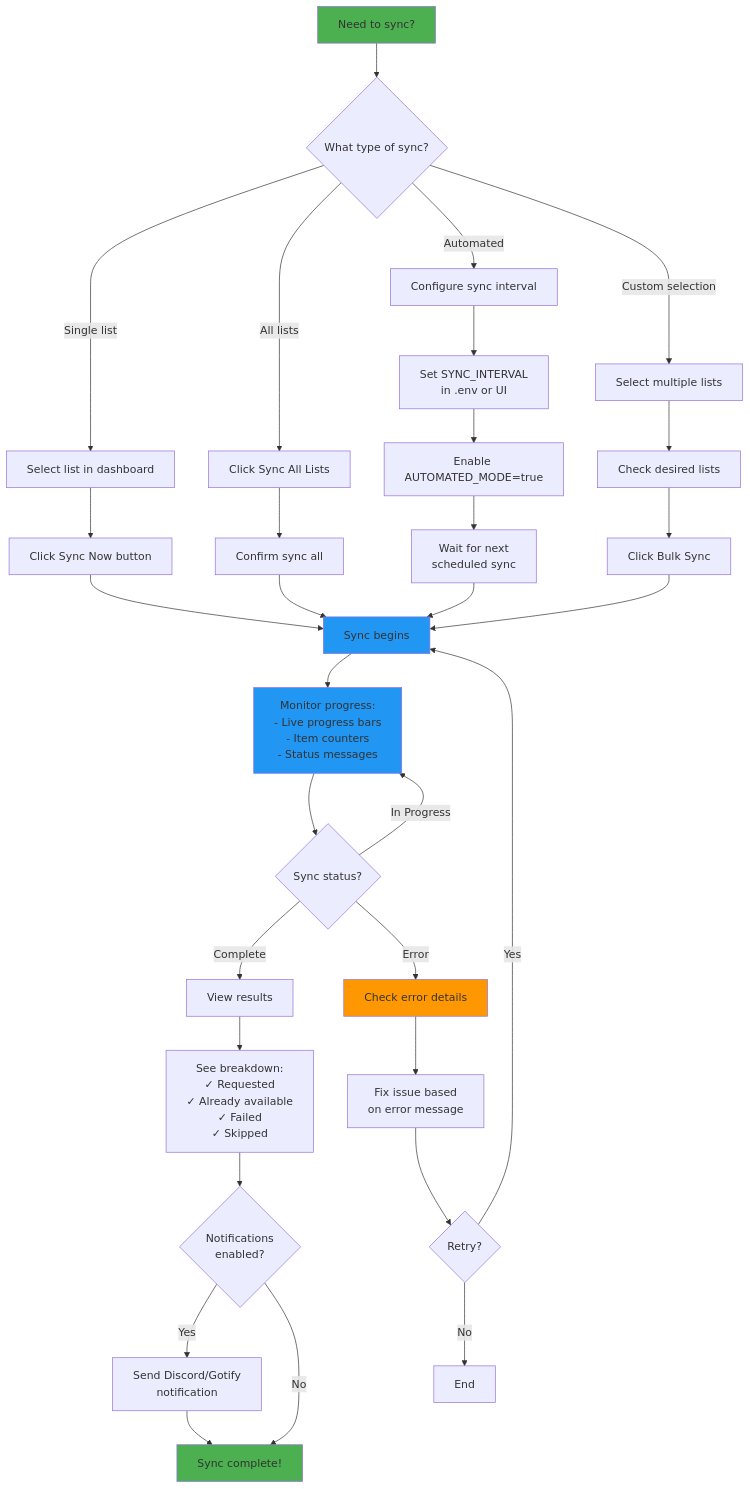
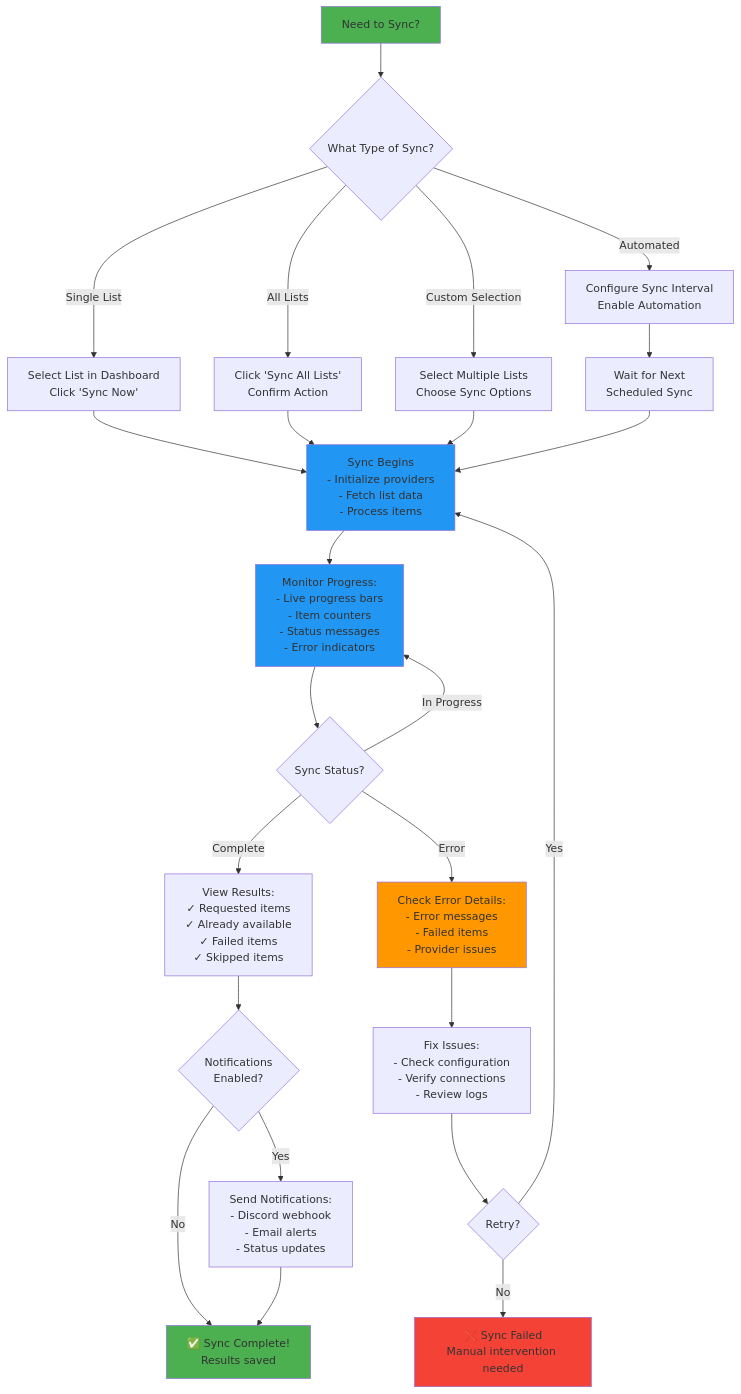
Before and after one commit to martynvdijke/listsync: the fourth of 5 diagrams in docs/user-guide.md, drawn with Mermaid. The commit also changed other lines of this file and 21 other files, not shown here.

````diff
--- a/docs/user-guide.md
+++ b/docs/user-guide.md
@@ -295,48 +331,40 @@
 ```mermaid
 flowchart TD
-    Start[Need to sync?] --> SyncType{What type of sync?}
+    Start[Need to Sync?] --> SyncType{What Type of Sync?}
     
-    SyncType -->|Single list| SingleList[Select list in dashboard]
-    SyncType -->|All lists| AllLists[Click Sync All Lists]
-    SyncType -->|Automated| AutoSync[Configure sync interval]
-    SyncType -->|Custom selection| CustomSync[Select multiple lists]
+    SyncType -->|Single List| SingleList[Select List in Dashboard<br/>Click 'Sync Now']
+    SyncType -->|All Lists| AllLists[Click 'Sync All Lists'<br/>Confirm Action]
+    SyncType -->|Automated| AutoSync[Configure Sync Interval<br/>Enable Automation]
+    SyncType -->|Custom Selection| CustomSync[Select Multiple Lists<br/>Choose Sync Options]
     
-    SingleList --> ClickSync[Click Sync Now button]
-    AllLists --> ClickSyncAll[Confirm sync all]
-    CustomSync --> SelectLists[Check desired lists]
-    SelectLists --> BulkSync[Click Bulk Sync]
-    
-    AutoSync --> SetInterval[Set SYNC_INTERVAL<br/>in .env or UI]
-    SetInterval --> EnableAuto[Enable AUTOMATED_MODE=true]
-    EnableAuto --> WaitSchedule[Wait for next<br/>scheduled sync]
-    
-    ClickSync --> StartSync[Sync begins]
-    ClickSyncAll --> StartSync
-    BulkSync --> StartSync
+    SingleList --> StartSync[Sync Begins<br/>- Initialize providers<br/>- Fetch list data<br/>- Process items]
+    AllLists --> StartSync
+    CustomSync --> StartSync
+    AutoSync --> WaitSchedule[Wait for Next<br/>Scheduled Sync]
     WaitSchedule --> StartSync
     
-    StartSync --> Monitor[Monitor progress:<br/>- Live progress bars<br/>- Item counters<br/>- Status messages]
+    StartSync --> Monitor[Monitor Progress:<br/>- Live progress bars<br/>- Item counters<br/>- Status messages<br/>- Error indicators]
     
-    Monitor --> Processing{Sync status?}
+    Monitor --> Processing{Sync Status?}
     Processing -->|In Progress| Monitor
-    Processing -->|Complete| ViewResults[View results]
-    Processing -->|Error| CheckError[Check error details]
+    Processing -->|Complete| ViewResults[View Results:<br/>✓ Requested items<br/>✓ Already available<br/>✓ Failed items<br/>✓ Skipped items]
+    Processing -->|Error| CheckError[Check Error Details:<br/>- Error messages<br/>- Failed items<br/>- Provider issues]
     
-    ViewResults --> ResultBreakdown[See breakdown:<br/>✓ Requested<br/>✓ Already available<br/>✓ Failed<br/>✓ Skipped]
+    ViewResults --> Notification{Notifications<br/>Enabled?}
+    Notification -->|Yes| SendNotif[Send Notifications:<br/>- Discord webhook<br/>- Email alerts<br/>- Status updates]
+    Notification -->|No| Done[✅ Sync Complete!<br/>Results saved]
     
-    CheckError --> FixError[Fix issue based<br/>on error message]
+    CheckError --> FixError[Fix Issues:<br/>- Check configuration<br/>- Verify connections<br/>- Review logs]
     FixError --> RetrySync{Retry?}
     RetrySync -->|Yes| StartSync
-    RetrySync -->|No| End[End]
+    RetrySync -->|No| End[❌ Sync Failed<br/>Manual intervention needed]
     
-    ResultBreakdown --> Notification{Notifications<br/>enabled?}
-    Notification -->|Yes| SendNotif[Send Discord/Gotify<br/>notification]
-    Notification -->|No| Done[Sync complete!]
     SendNotif --> Done
     
     style Start fill:#4CAF50
     style Done fill:#4CAF50
     style StartSync fill:#2196F3
     style CheckError fill:#FF9800
     style Monitor fill:#2196F3
+    style End fill:#f44336
 ```
````
